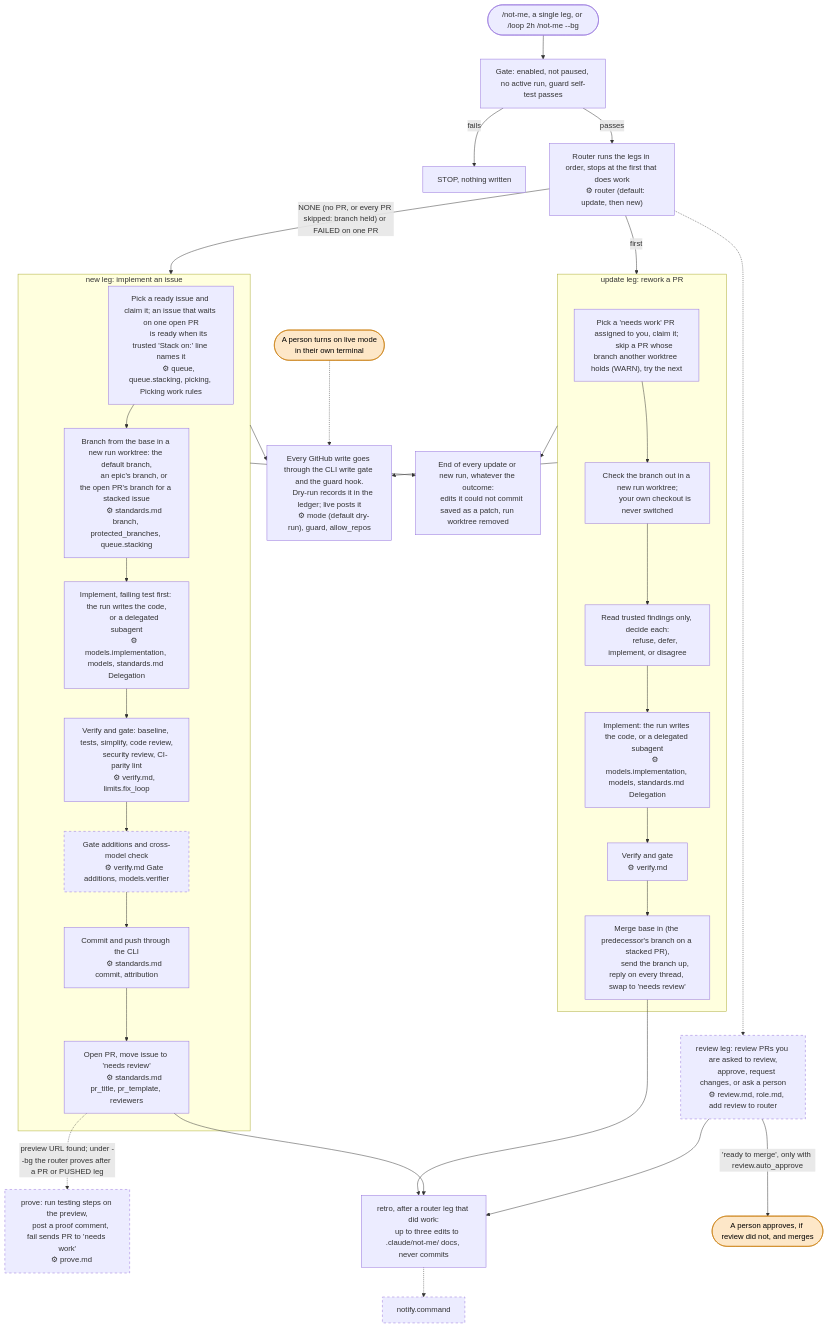
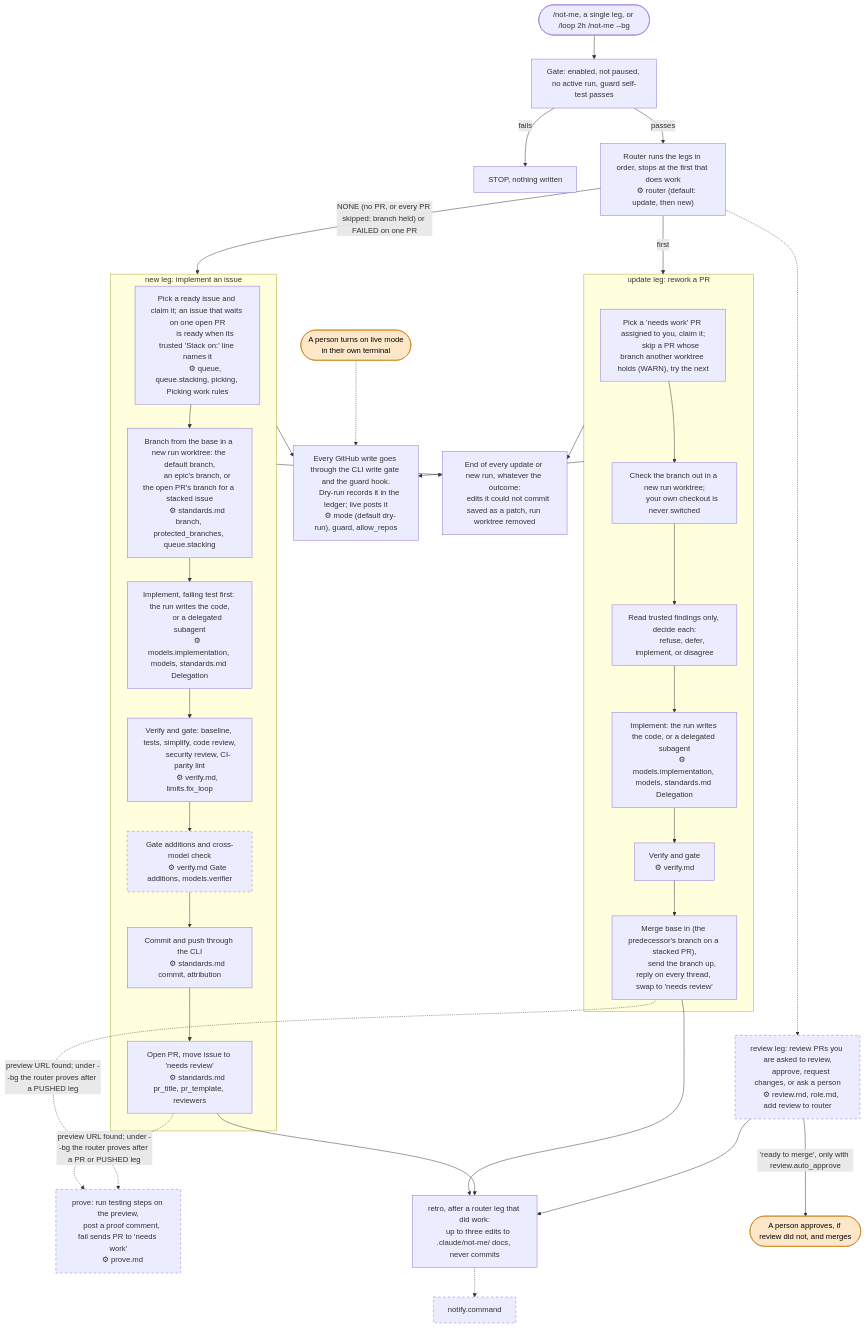
The diagram in README.md (dblanken-yale/not-me), drawn with Mermaid before and after one commit. The commit also changed 3 other files, not shown here.

First line of the commit message:
docs: allow a second prove line after a bg router run

```diff
--- a/README.md
+++ b/README.md
@@ -112,6 +112,7 @@
 
     router -.-> review
     n6 -. "preview URL found; under --bg the router proves after a PR or PUSHED leg" .-> prove
+    u5 -. "preview URL found; under --bg the router proves after a PUSHED leg" .-> prove
     u5 --> retro
     n6 --> retro
     review --> retro
```
